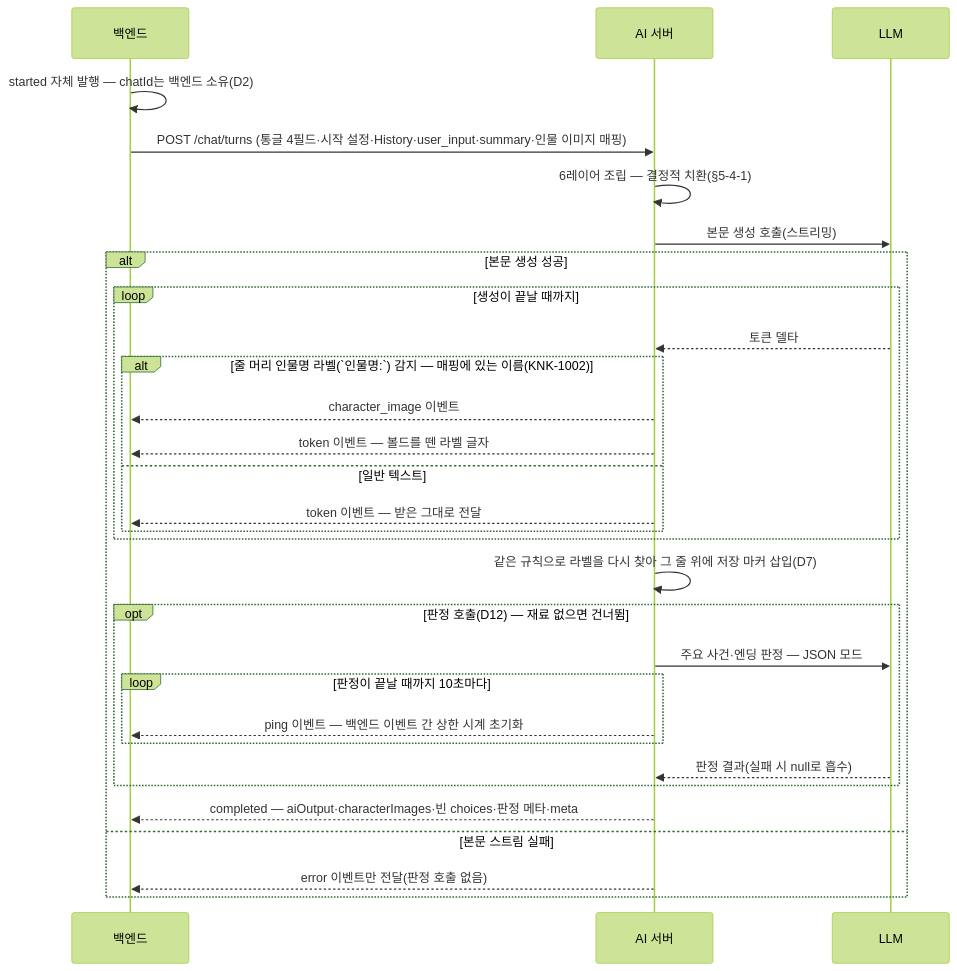
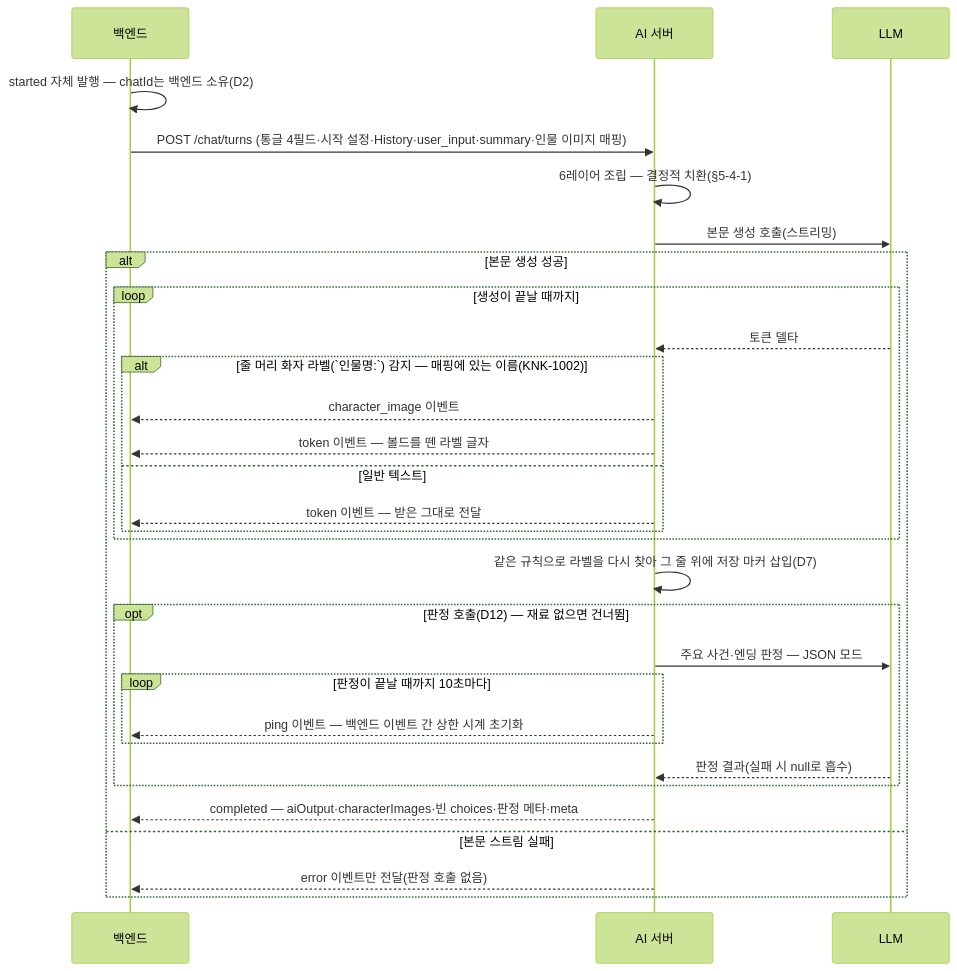
Before and after one commit to KIM-N-KANG/knk-harness: the fourth of 8 diagrams in docs/product-specs/5-ai-server.md, drawn with Mermaid (forest theme). The commit also changed other lines of this file and 3 other files, not shown here.

````diff
--- a/docs/product-specs/5-ai-server.md
+++ b/docs/product-specs/5-ai-server.md
@@ -585,33 +585,33 @@
 ```mermaid
 sequenceDiagram
     participant BE as 백엔드
     participant AI as AI 서버
     participant LLM as LLM
 
     BE->>BE: started 자체 발행 — chatId는 백엔드 소유(D2)
     BE->>AI: POST /chat/turns (통글 4필드·시작 설정·History·user_input·summary·인물 이미지 매핑)
     AI->>AI: 6레이어 조립 — 결정적 치환(§5-4-1)
     AI->>LLM: 본문 생성 호출(스트리밍)
     alt 본문 생성 성공
         loop 생성이 끝날 때까지
             LLM-->>AI: 토큰 델타
-            alt 줄 머리 인물명 라벨(`인물명:`) 감지 — 매핑에 있는 이름(KNK-1002)
+            alt 줄 머리 화자 라벨(`인물명:`) 감지 — 매핑에 있는 이름(KNK-1002)
                 AI-->>BE: character_image 이벤트
                 AI-->>BE: token 이벤트 — 볼드를 뗀 라벨 글자
             else 일반 텍스트
                 AI-->>BE: token 이벤트 — 받은 그대로 전달
             end
         end
         AI->>AI: 같은 규칙으로 라벨을 다시 찾아 그 줄 위에 저장 마커 삽입(D7)
         opt 판정 호출(D12) — 재료 없으면 건너뜀
             AI->>LLM: 주요 사건·엔딩 판정 — JSON 모드
             loop 판정이 끝날 때까지 10초마다
                 AI-->>BE: ping 이벤트 — 백엔드 이벤트 간 상한 시계 초기화
             end
             LLM-->>AI: 판정 결과(실패 시 null로 흡수)
         end
         AI-->>BE: completed — aiOutput·characterImages·빈 choices·판정 메타·meta
     else 본문 스트림 실패
         AI-->>BE: error 이벤트만 전달(판정 호출 없음)
     end
 ```
````
